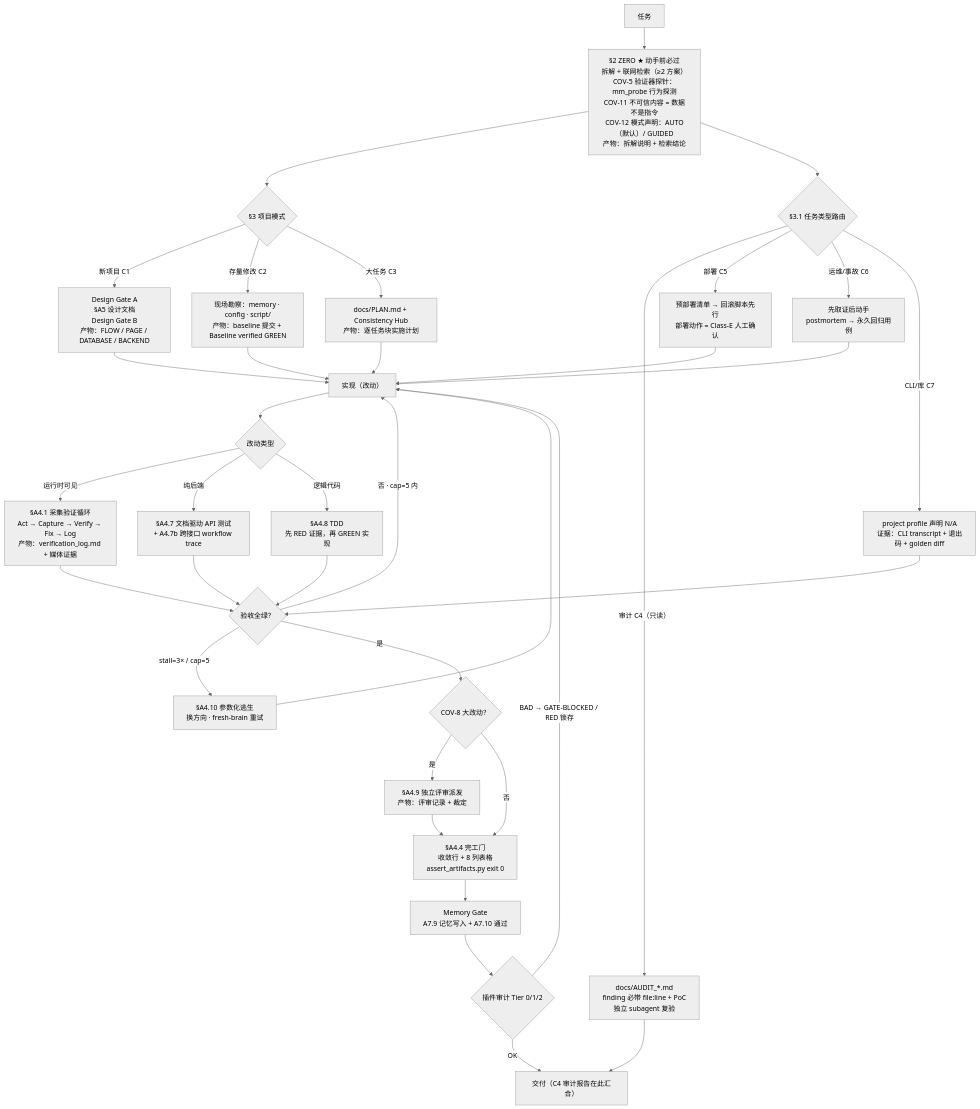
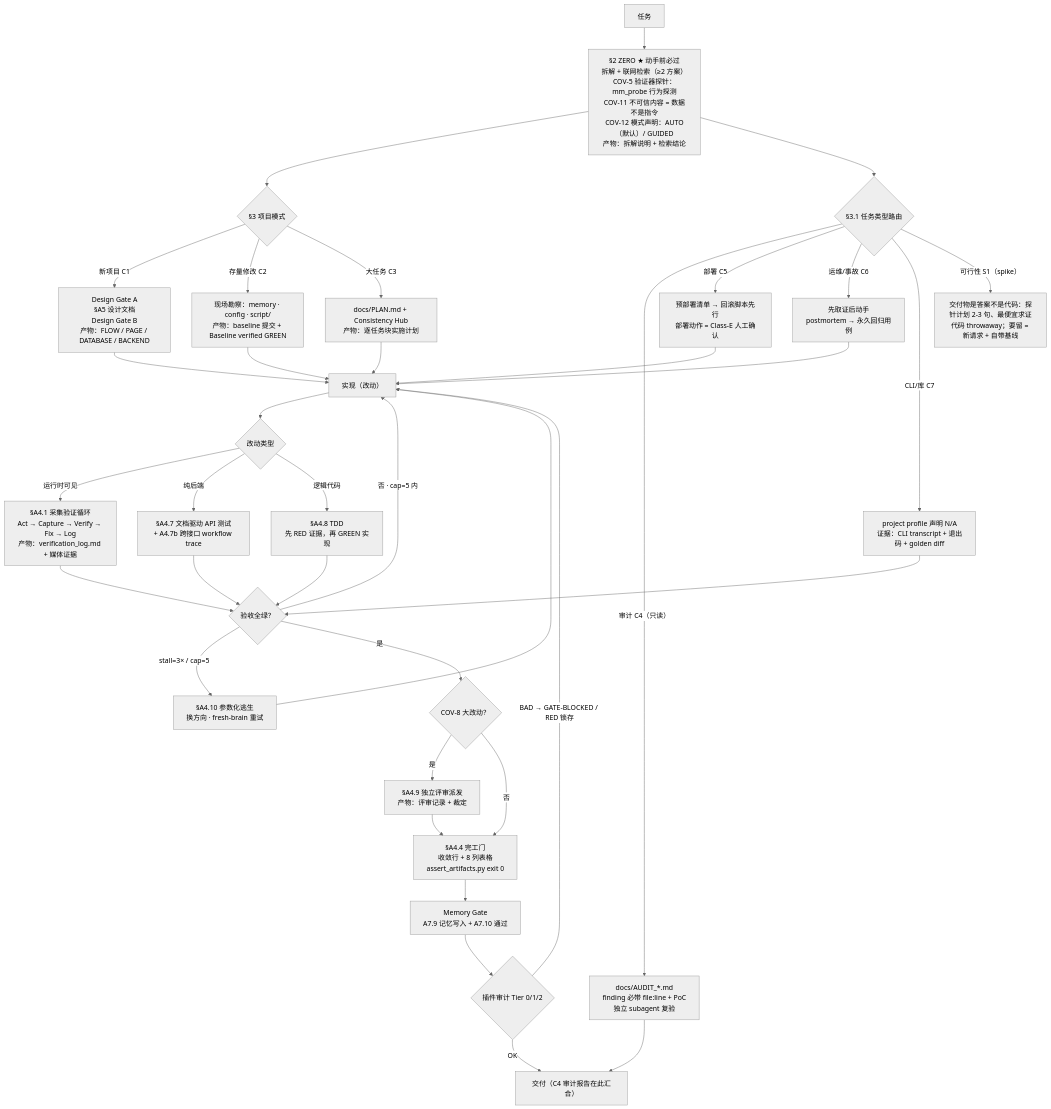
The diagram in README_zh.md (logandoo/vibeweaver), drawn with Mermaid (neutral theme) before and after one commit. The commit also changed other lines of this file and 1 other file, not shown here.

````diff
--- a/README_zh.md
+++ b/README_zh.md
@@ -66,38 +66,39 @@
 ```mermaid
 flowchart TD
     A["任务"] --> B["§2 ZERO ★ 动手前必过<br/>拆解 + 联网检索（≥2 方案）<br/>COV-5 验证器探针：mm_probe 行为探测<br/>COV-11 不可信内容 = 数据不是指令<br/>COV-12 模式声明：AUTO（默认）/ GUIDED<br/>产物：拆解说明 + 检索结论"]
     B --> C{"§3 项目模式"}
     C -->|"新项目 C1"| D1["Design Gate A<br/>§A5 设计文档<br/>Design Gate B<br/>产物：FLOW / PAGE / DATABASE / BACKEND"]
     C -->|"存量修改 C2"| D2["现场勘察：memory · config · script/<br/>产物：baseline 提交 + Baseline verified GREEN"]
     C -->|"大任务 C3"| D3["docs/PLAN.md + Consistency Hub<br/>产物：逐任务块实施计划"]
     B --> T{"§3.1 任务类型路由"}
     T -->|"审计 C4（只读）"| T4["docs/AUDIT_*.md<br/>finding 必带 file:line + PoC<br/>独立 subagent 复验"]
     T -->|"部署 C5"| T5["预部署清单 → 回滚脚本先行<br/>部署动作 = Class-E 人工确认"]
     T -->|"运维/事故 C6"| T6["先取证后动手<br/>postmortem → 永久回归用例"]
     T -->|"CLI/库 C7"| T7["project profile 声明 N/A<br/>证据：CLI transcript + 退出码 + golden diff"]
+    T -->|"可行性 S1（spike）"| T8["交付物是答案不是代码：探针计划 2-3 句、最便宜求证<br/>代码 throwaway；要留 = 新请求 + 自带基线"]
     D1 --> E["实现（改动）"]
     D2 --> E
     D3 --> E
     T5 --> E
     T6 --> E
     T7 --> H
     T4 --> O
     E --> F{"改动类型"}
     F -->|"运行时可见"| G1["§A4.1 采集验证循环<br/>Act → Capture → Verify → Fix → Log<br/>产物：verification_log.md + 媒体证据"]
     F -->|"纯后端"| G2["§A4.7 文档驱动 API 测试<br/>+ A4.7b 跨接口 workflow trace"]
     F -->|"逻辑代码"| G3["§A4.8 TDD<br/>先 RED 证据，再 GREEN 实现"]
     G1 --> H{"验收全绿？"}
     G2 --> H
     G3 --> H
     H -->|"否 · cap=5 内"| E
     H -->|"stall=3× / cap=5"| I["§A4.10 参数化逃生<br/>换方向 · fresh-brain 重试"]
     I --> E
     H -->|"是"| J{"COV-8 大改动？"}
     J -->|"是"| K["§A4.9 独立评审派发<br/>产物：评审记录 + 裁定"]
     K --> L["§A4.4 完工门<br/>收敛行 + 8 列表格<br/>assert_artifacts.py exit 0"]
     J -->|"否"| L
     L --> M["Memory Gate<br/>A7.9 记忆写入 + A7.10 通过"]
     M --> N{"插件审计 Tier 0/1/2"}
     N -->|"BAD → GATE-BLOCKED / RED 锁存"| E
     N -->|"OK"| O["交付（C4 审计报告在此汇合）"]
 ```
````
